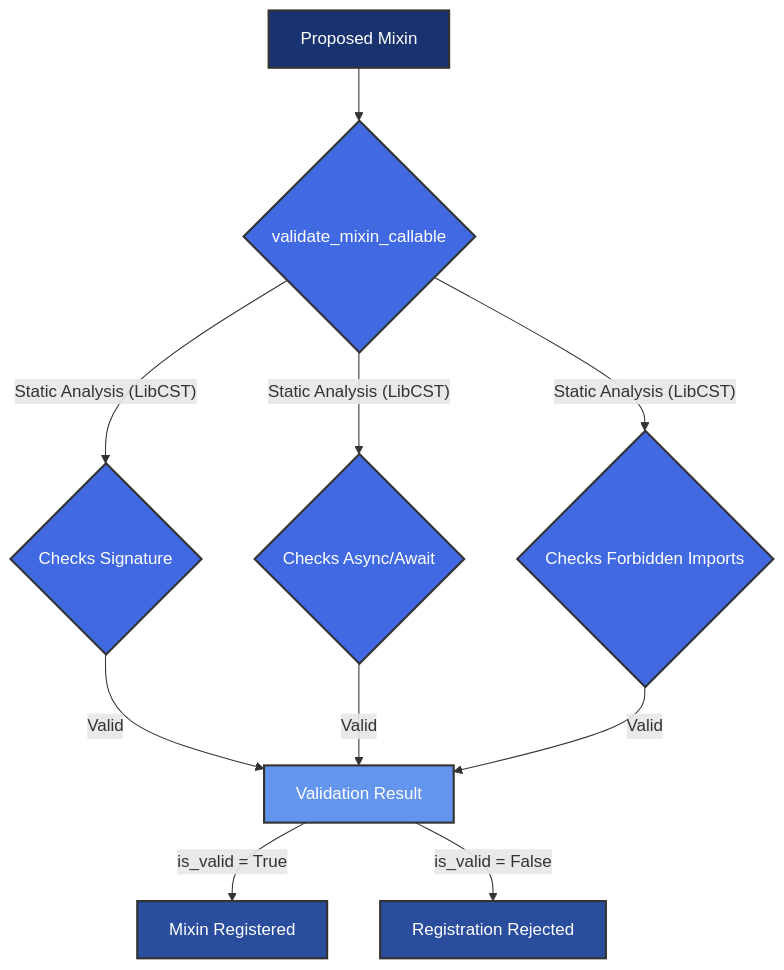
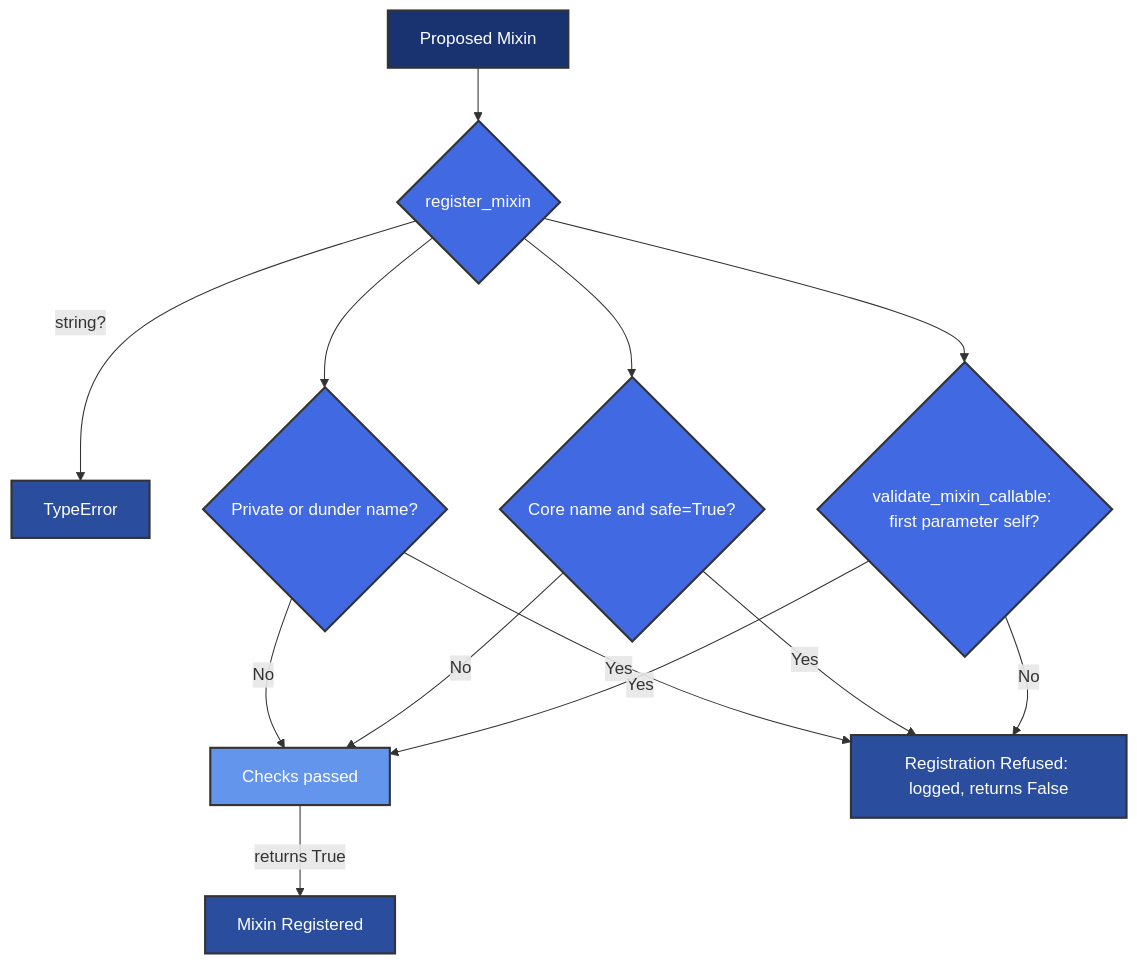
The first of 3 diagrams in docs/topics/5_mixinability/index.md (ikko/kind), drawn with Mermaid before and after one commit. The commit also changed other lines of this file and 62 other files, not shown here.

````diff
--- a/docs/topics/5_mixinability/index.md
+++ b/docs/topics/5_mixinability/index.md
@@ -17,23 +18,27 @@
 ```mermaid
 
 graph TD
-    A[Proposed Mixin] --> B{validate_mixin_callable};
-    B -- "Static Analysis &#40LibCST&#41" --> C{Checks Signature};
-    B -- "Static Analysis &#40LibCST&#41" --> D{Checks Async/Await};
-    B -- "Static Analysis &#40LibCST&#41" --> E{Checks Forbidden Imports};
-    C -- "Valid" --> F[Validation Result];
-    D -- "Valid" --> F;
-    E -- "Valid" --> F;
-    F -- "is_valid = True" --> G[Mixin Registered];
-    F -- "is_valid = False" --> H[Registration Rejected];
+    A[Proposed Mixin] --> B{register_mixin};
+    B -- "string?" --> X[TypeError];
+    B --> C{Private or dunder name?};
+    B --> D{Core name and safe=True?};
+    B --> E{validate_mixin_callable: first parameter self?};
+    C -- "No" --> F[Checks passed];
+    D -- "No" --> F;
+    E -- "Yes" --> F;
+    F -- "returns True" --> G[Mixin Registered];
+    C -- "Yes" --> H[Registration Refused: logged, returns False];
+    D -- "Yes" --> H;
+    E -- "No" --> H;
 
     style A fill:#193370,stroke:#333,stroke-width:2px,color:#FFFFFF;
     style B fill:#4169e1,stroke:#333,stroke-width:2px,color:#FFFFFF;
     style C fill:#4169e1,stroke:#333,stroke-width:2px,color:#FFFFFF;
     style D fill:#4169e1,stroke:#333,stroke-width:2px,color:#FFFFFF;
     style E fill:#4169e1,stroke:#333,stroke-width:2px,color:#FFFFFF;
     style F fill:#6495ed,stroke:#333,stroke-width:2px,color:#FFFFFF;
     style G fill:#2a4d9e,stroke:#333,stroke-width:2px,color:#FFFFFF;
     style H fill:#2a4d9e,stroke:#333,stroke-width:2px,color:#FFFFFF;
+    style X fill:#2a4d9e,stroke:#333,stroke-width:2px,color:#FFFFFF;
 
 ```
````
